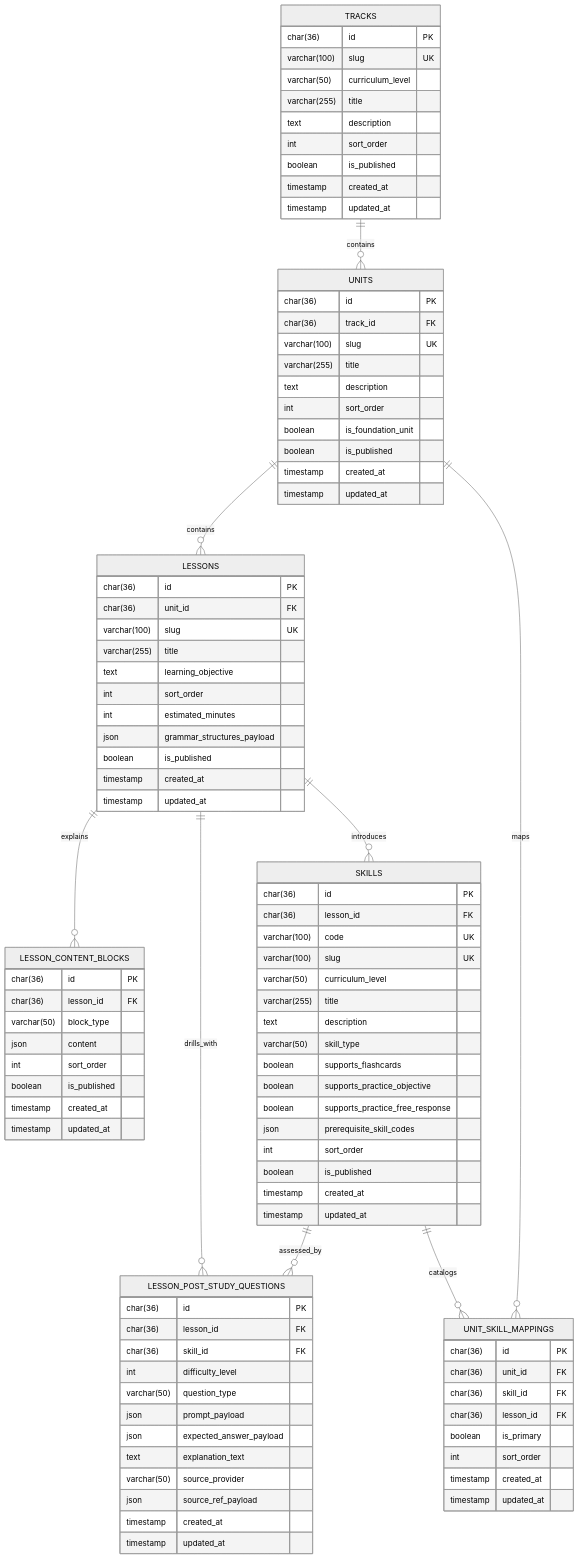
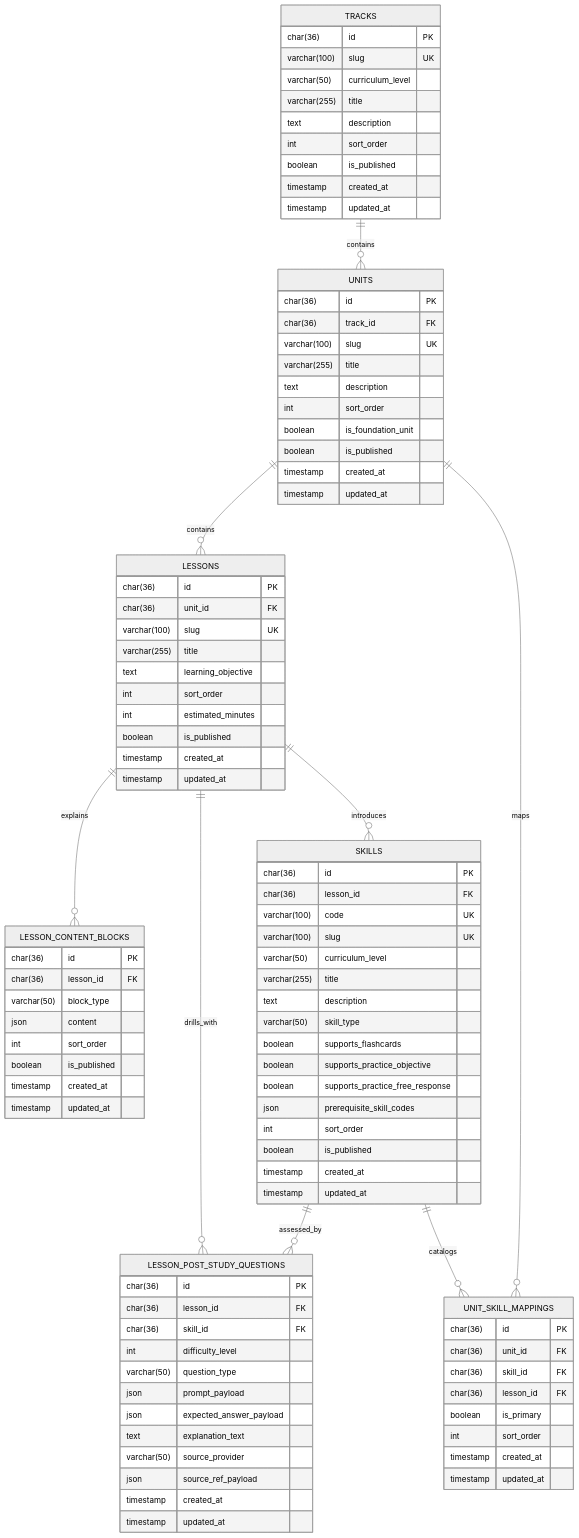
One commit to bpkcongli/kotoba-hub changed the diagram in docs/erd/syllabus-domain.md. Above: the diagram before and after it, drawn with Mermaid (neutral theme). The commit also changed other lines of this file and 4 other files, not shown here.

First line of the commit message:
feat: add grammar structure content block to syllabus API and ERD

```diff
--- a/docs/erd/syllabus-domain.md
+++ b/docs/erd/syllabus-domain.md
@@ -60,7 +60,6 @@
         text learning_objective
         int sort_order
         int estimated_minutes
-        json grammar_structures_payload
         boolean is_published
         timestamp created_at
         timestamp updated_at
```
